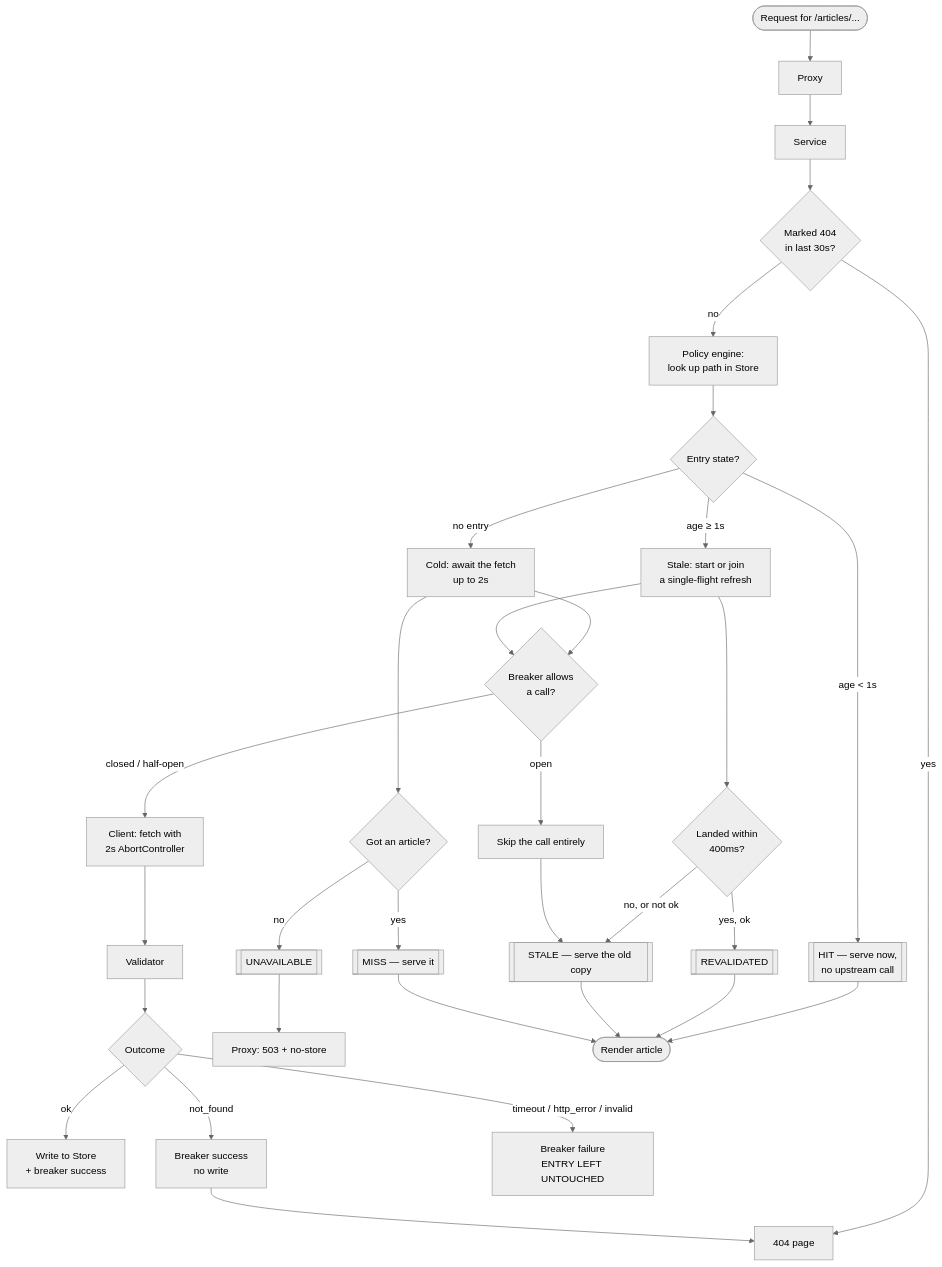
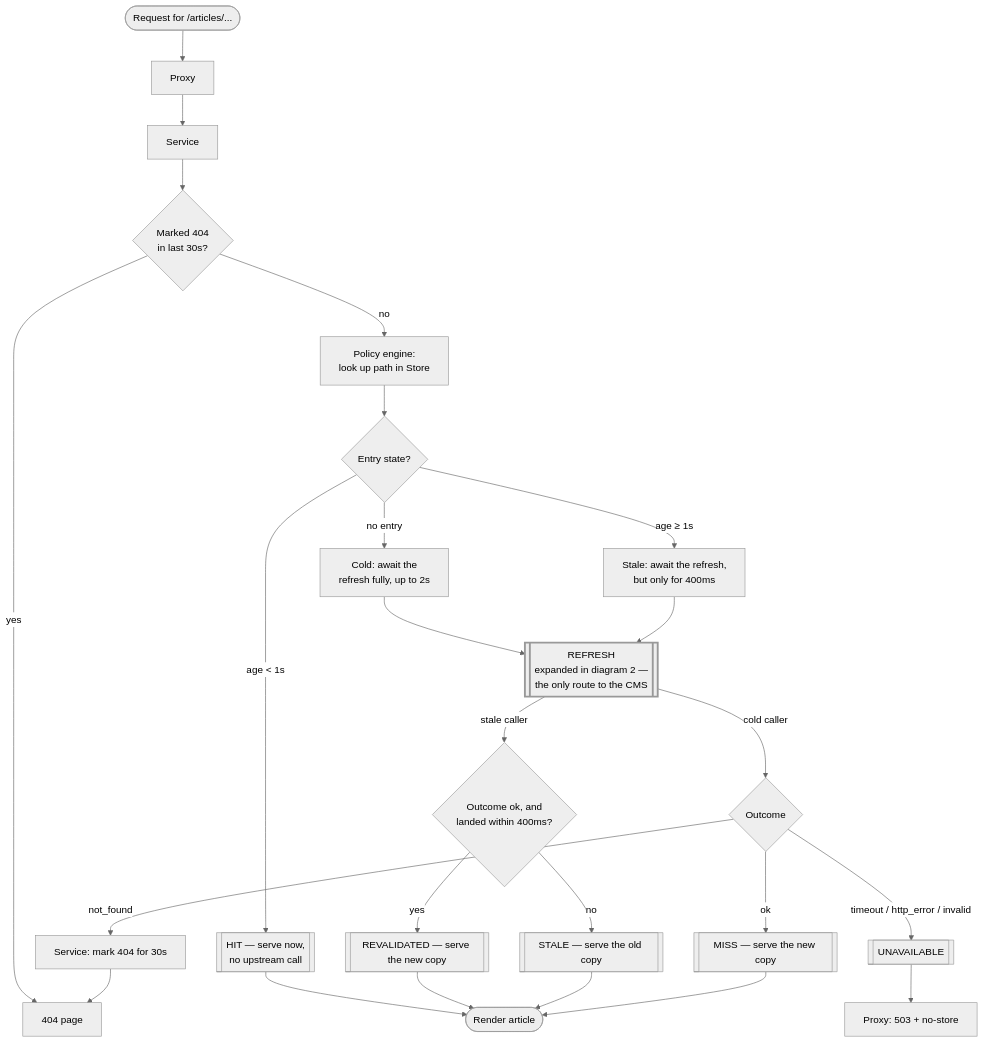
The first of 17 diagrams in docs/ARCHITECTURE.md (nikgavalas/nikgavalas-foolcom-coding-challenge), drawn with Mermaid (neutral theme) before and after one commit. The commit also changed other lines of this file, not shown here.

Commit message:
diagram updates

````diff
--- a/docs/ARCHITECTURE.md
+++ b/docs/ARCHITECTURE.md
@@ -61,41 +68,36 @@
 ```mermaid
 flowchart TD
     REQ([Request for /articles/...]) --> PROXY[Proxy]
     PROXY --> SVC[Service]
     SVC --> NEG{Marked 404<br/>in last 30s?}
     NEG -->|yes| N404[404 page]
     NEG -->|no| LOOKUP[Policy engine:<br/>look up path in Store]
 
     LOOKUP --> BRANCH{Entry state?}
-    BRANCH -->|no entry| COLD[Cold: await the fetch<br/>up to 2s]
     BRANCH -->|age &lt; 1s| HIT[["HIT — serve now,<br/>no upstream call"]]
-    BRANCH -->|age ≥ 1s| STALE_PATH[Stale: start or join<br/>a single-flight refresh]
+    BRANCH -->|no entry| COLD[Cold: await the<br/>refresh fully, up to 2s]
+    BRANCH -->|age ≥ 1s| STALE_PATH[Stale: await the refresh,<br/>but only for 400ms]
 
-    STALE_PATH --> DEADLINE{Landed within<br/>400ms?}
-    DEADLINE -->|yes, ok| REVAL[["REVALIDATED"]]
-    DEADLINE -->|no, or not ok| SERVE_STALE[["STALE — serve the old copy"]]
+    COLD --> REFRESH
+    STALE_PATH --> REFRESH[["REFRESH<br/>expanded in diagram 2 —<br/>the only route to the CMS"]]
 
-    COLD --> GATE
-    STALE_PATH --> GATE{Breaker allows<br/>a call?}
-    GATE -->|open| SKIP[Skip the call entirely]
-    SKIP --> SERVE_STALE
-    GATE -->|closed / half-open| FETCH[Client: fetch with<br/>2s AbortController]
+    REFRESH -->|cold caller| COLDRES{Outcome}
+    REFRESH -->|stale caller| DEADLINE{Outcome ok, and<br/>landed within 400ms?}
 
-    FETCH --> VALID[Validator]
-    VALID --> OUTCOME{Outcome}
-    OUTCOME -->|ok| WRITE[Write to Store<br/>+ breaker success]
-    OUTCOME -->|not_found| NFOUND[Breaker success<br/>no write]
-    OUTCOME -->|timeout / http_error / invalid| FAIL[Breaker failure<br/>ENTRY LEFT UNTOUCHED]
+    COLDRES -->|ok| MISS[["MISS — serve the new copy"]]
+    COLDRES -->|not_found| NEGMARK[Service: mark 404 for 30s]
+    COLDRES -->|timeout / http_error / invalid| UNAVAIL[["UNAVAILABLE"]]
 
-    COLD --> COLDRES{Got an article?}
-    COLDRES -->|yes| MISS[["MISS — serve it"]]
-    COLDRES -->|no| UNAVAIL[["UNAVAILABLE"]]
+    DEADLINE -->|yes| REVAL[["REVALIDATED — serve the new copy"]]
+    DEADLINE -->|no| SERVE_STALE[["STALE — serve the old copy"]]
 
+    NEGMARK --> N404
     UNAVAIL --> P503[Proxy: 503 + no-store]
-    NFOUND --> N404
 
     HIT --> RENDER([Render article])
     REVAL --> RENDER
     SERVE_STALE --> RENDER
     MISS --> RENDER
+
+    style REFRESH stroke-width:3px
 ```
````
